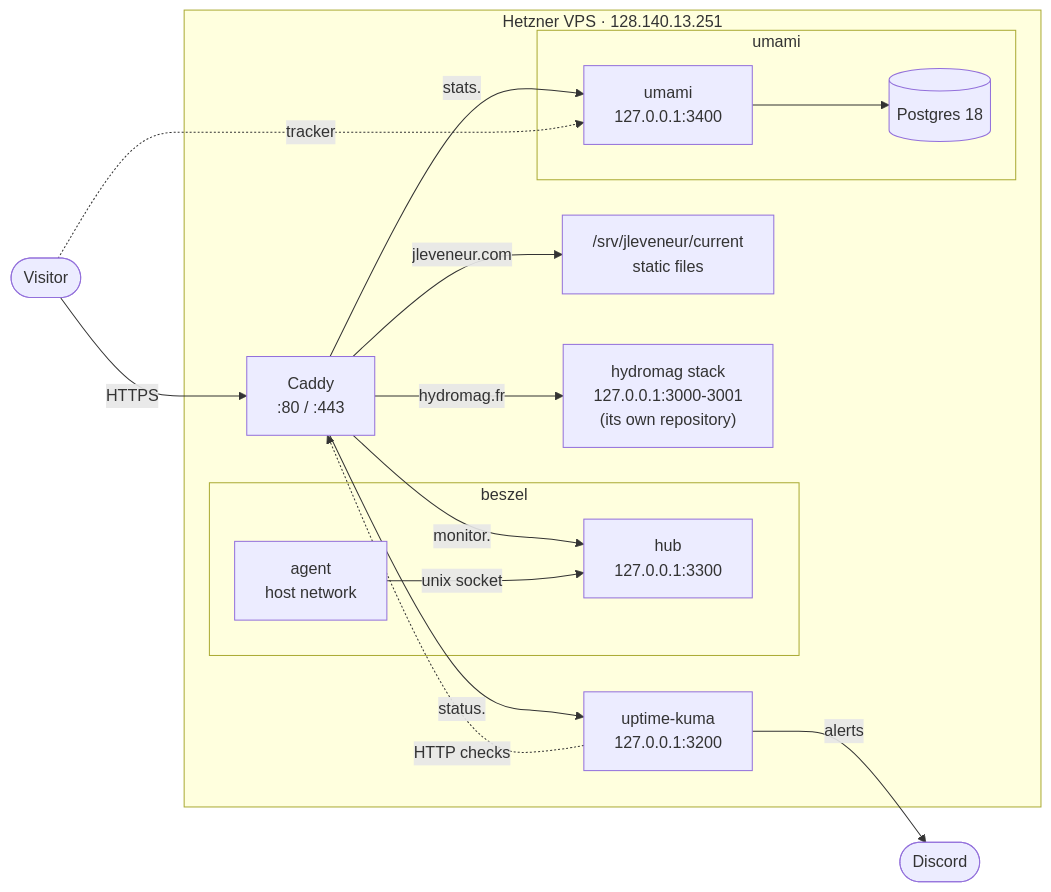
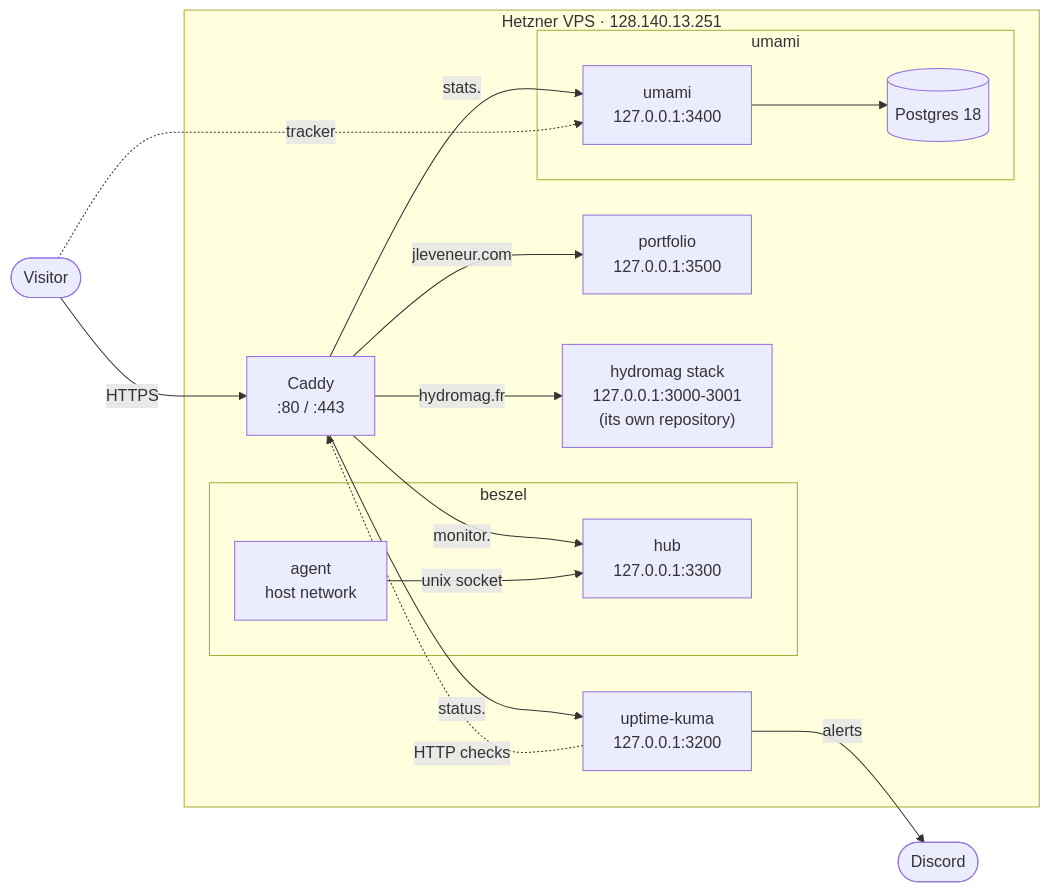
Before and after one commit to jleveneur/jleveneur: the first of 2 diagrams in docs/architecture.md, drawn with Mermaid. The commit also changed other lines of this file and 71 other files, not shown here.

````diff
--- a/docs/architecture.md
+++ b/docs/architecture.md
@@ -23,30 +23,30 @@
 ```mermaid
 flowchart LR
   visitor([Visitor]) -->|HTTPS| caddy
 
   subgraph vps["Hetzner VPS · 128.140.13.251"]
     caddy["Caddy<br/>:80 / :443"]
-    portfolio["/srv/jleveneur/current<br/>static files"]
+    portfolio["portfolio<br/>127.0.0.1:3500"]
     kuma["uptime-kuma<br/>127.0.0.1:3200"]
     subgraph beszel["beszel"]
       hub["hub<br/>127.0.0.1:3300"]
       agent["agent<br/>host network"]
     end
     subgraph umami["umami"]
       umamiapp["umami<br/>127.0.0.1:3400"]
       umamidb[("Postgres 18")]
     end
     hydromag["hydromag stack<br/>127.0.0.1:3000-3001<br/>(its own repository)"]
   end
 
   caddy -->|jleveneur.com| portfolio
   caddy -->|status.| kuma
   caddy -->|monitor.| hub
   caddy -->|stats.| umamiapp
   caddy -->|hydromag.fr| hydromag
   agent -->|unix socket| hub
   umamiapp --> umamidb
   kuma -.->|HTTP checks| caddy
   kuma -->|alerts| discord([Discord])
   visitor -.->|tracker| umamiapp
 ```
````
